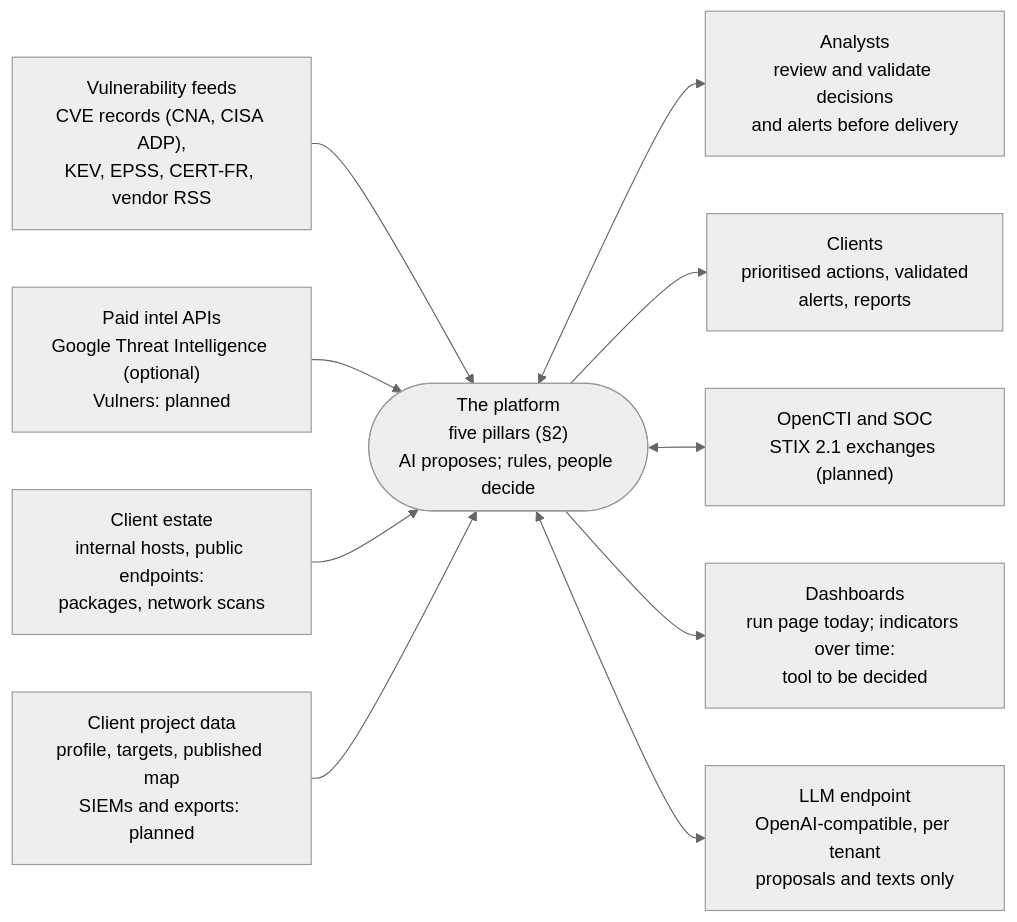
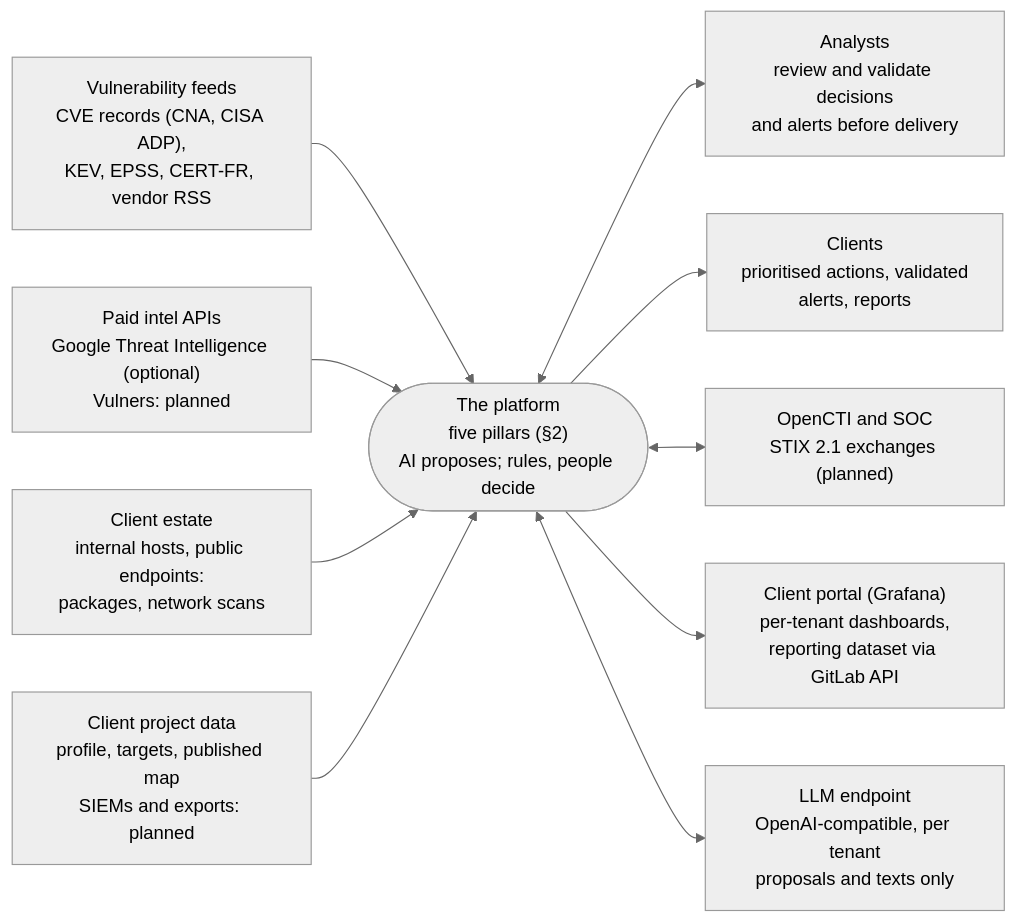
The second of 2 diagrams in docs/hld/00-product-strategy.md (sylf74/a2vm), drawn with Mermaid (neutral theme) before and after one commit. The commit also changed other lines of this file and 2 other files, not shown here.

First line of the commit message:
Docs: reporting dataset (reporting.json) and Grafana client portal

````diff
--- a/docs/hld/00-product-strategy.md
+++ b/docs/hld/00-product-strategy.md
@@ -133,23 +133,23 @@
 ```mermaid
 flowchart LR
   feeds["Vulnerability feeds<br/>CVE records (CNA, CISA ADP),<br/>KEV, EPSS, CERT-FR, vendor RSS"]
   paid["Paid intel APIs<br/>Google Threat Intelligence (optional)<br/>Vulners: planned"]
   estate["Client estate<br/>internal hosts, public endpoints:<br/>packages, network scans"]
   cdata["Client project data<br/>profile, targets, published map<br/>SIEMs and exports: planned"]
   platform(["The platform<br/>five pillars (§2)<br/>AI proposes; rules, people decide"])
   analysts["Analysts<br/>review and validate decisions<br/>and alerts before delivery"]
   clients["Clients<br/>prioritised actions, validated<br/>alerts, reports"]
   cti["OpenCTI and SOC<br/>STIX 2.1 exchanges (planned)"]
-  dash["Dashboards<br/>run page today; indicators over time:<br/>tool to be decided"]
+  dash["Client portal (Grafana)<br/>per-tenant dashboards,<br/>reporting dataset via GitLab API"]
   llm["LLM endpoint<br/>OpenAI-compatible, per tenant<br/>proposals and texts only"]
 
   feeds --> platform
   paid --> platform
   estate --> platform
   cdata --> platform
   platform <--> analysts
   platform --> clients
   platform <--> cti
   platform --> dash
   platform <--> llm
 ```
````
